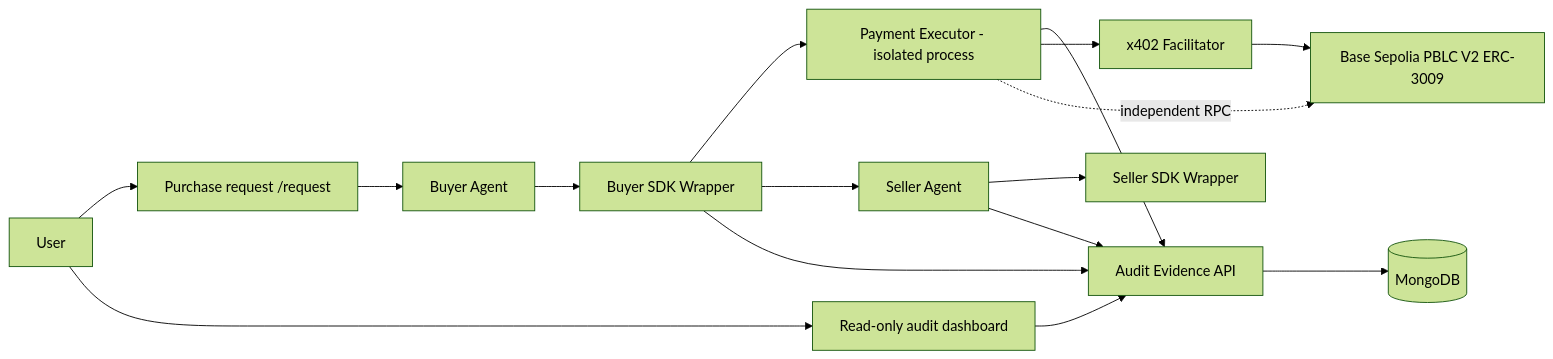
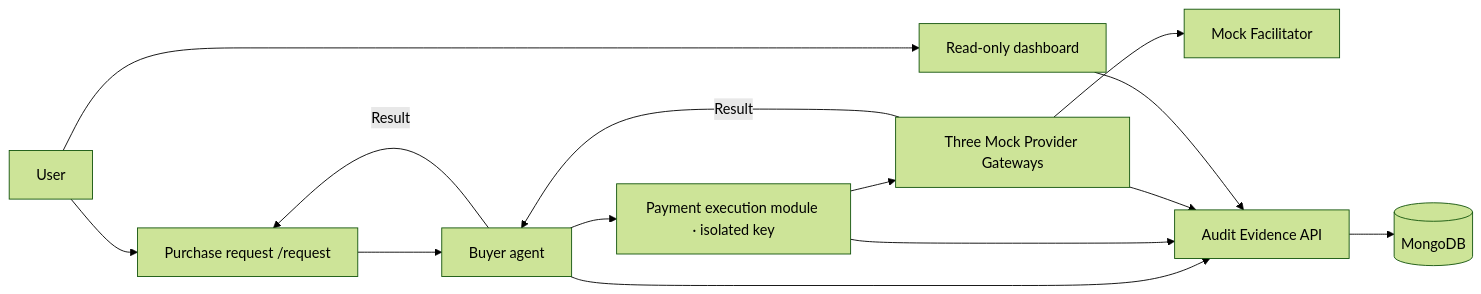
One commit to codenameVien/ai-agent-payment-audit changed the diagram in README.en.md. Above: the diagram before and after it, drawn with Mermaid (forest theme). The commit also changed other lines of this file and 193 other files, not shown here.

````diff
--- a/README.en.md
+++ b/README.en.md
@@ -43,18 +15,16 @@
 ```mermaid
 flowchart LR
   U[User] --> R[Purchase request /request]
-  U --> D[Read-only audit dashboard]
-  R --> B[Buyer Agent]
-  B --> BW[Buyer SDK Wrapper]
-  BW --> P[Payment Executor - isolated process]
-  BW --> S[Seller Agent]
-  S --> SW[Seller SDK Wrapper]
-  BW --> E[Audit Evidence API]
+  R --> B[Buyer agent]
+  B --> P[Payment execution module · isolated key]
+  P --> G[Three Mock Provider Gateways]
+  G --> F[Mock Facilitator]
+  G -->|Result| B
+  B -->|Result| R
+  B --> E[Audit Evidence API]
   P --> E
-  S --> E
+  G --> E
   E --> M[(MongoDB)]
-  P --> F[x402 Facilitator]
-  F --> C[Base Sepolia PBLC V2 ERC-3009]
-  P -. independent RPC .-> C
+  U --> D[Read-only dashboard]
   D --> E
 ```
````
